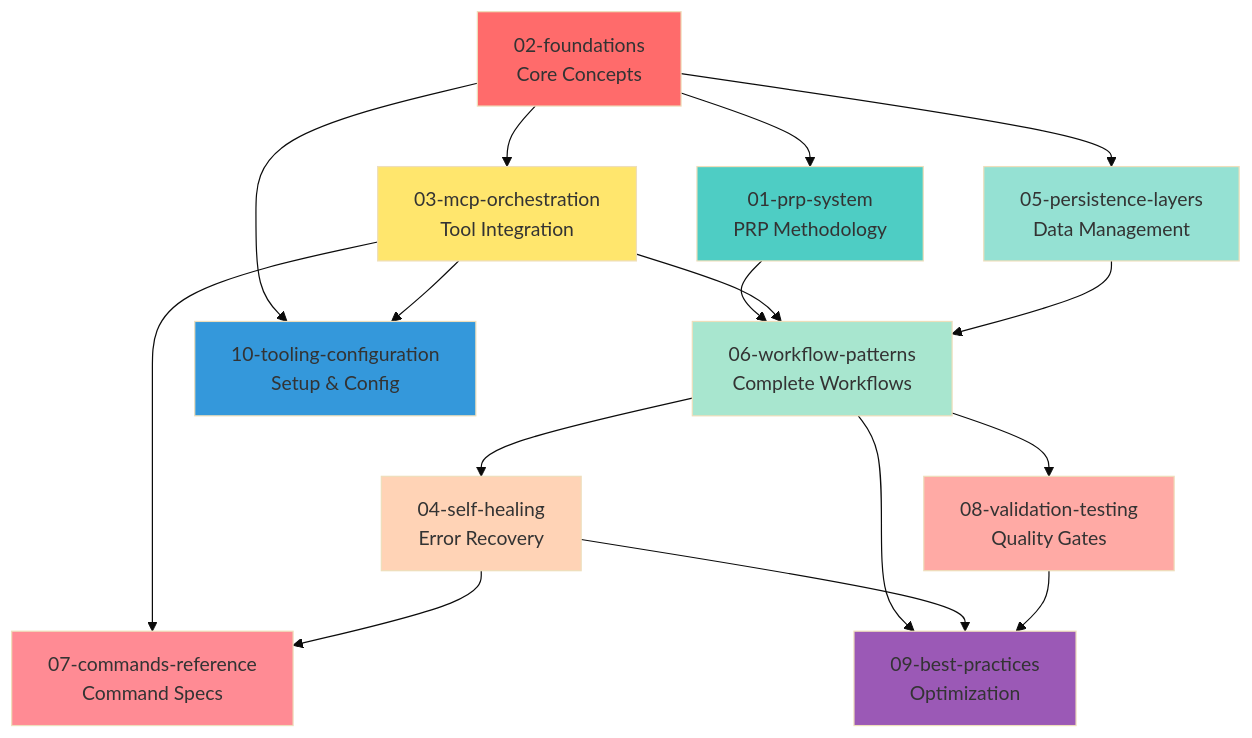
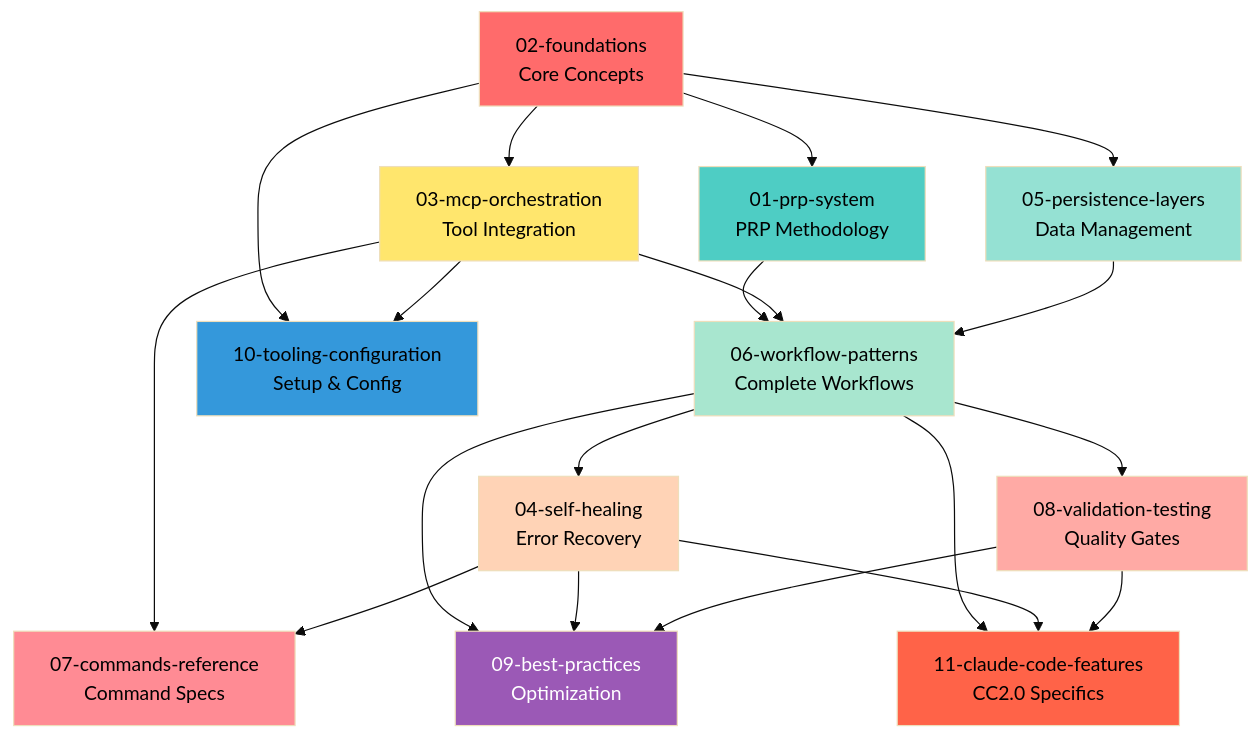
The diagram in docs/00-index.md (bprzybys-nc/ctx-eng-plus), drawn with Mermaid (base theme) before and after one commit. The commit also changed other lines of this file and 8 other files, not shown here.

````diff
--- a/docs/00-index.md
+++ b/docs/00-index.md
@@ -362,34 +397,39 @@
 ```mermaid
 graph TB
     A["02-foundations<br/>Core Concepts"] --> B["01-prp-system<br/>PRP Methodology"]
     A --> C["03-mcp-orchestration<br/>Tool Integration"]
     A --> D["05-persistence-layers<br/>Data Management"]
 
     B --> E["06-workflow-patterns<br/>Complete Workflows"]
     C --> E
     D --> E
 
     E --> F["04-self-healing<br/>Error Recovery"]
     E --> G["08-validation-testing<br/>Quality Gates"]
 
     C --> H["07-commands-reference<br/>Command Specs"]
     F --> H
 
     E --> I["09-best-practices<br/>Optimization"]
     F --> I
     G --> I
 
     A --> J["10-tooling-configuration<br/>Setup & Config"]
     C --> J
 
-    style A fill:#ff6b6b
-    style B fill:#4ecdc4
-    style C fill:#ffe66d
-    style D fill:#95e1d3
-    style E fill:#a8e6cf
-    style F fill:#ffd3b6
-    style G fill:#ffaaa5
-    style H fill:#ff8b94
-    style I fill:#9b59b6
-    style J fill:#3498db
+    E --> K["11-claude-code-features<br/>CC2.0 Specifics"]
+    F --> K
+    G --> K
+
+    style A fill:#ff6b6b,color:#000
+    style B fill:#4ecdc4,color:#000
+    style C fill:#ffe66d,color:#000
+    style D fill:#95e1d3,color:#000
+    style E fill:#a8e6cf,color:#000
+    style F fill:#ffd3b6,color:#000
+    style G fill:#ffaaa5,color:#000
+    style H fill:#ff8b94,color:#000
+    style I fill:#9b59b6,color:#fff
+    style J fill:#3498db,color:#000
+    style K fill:#ff6348,color:#000
 ```
````
